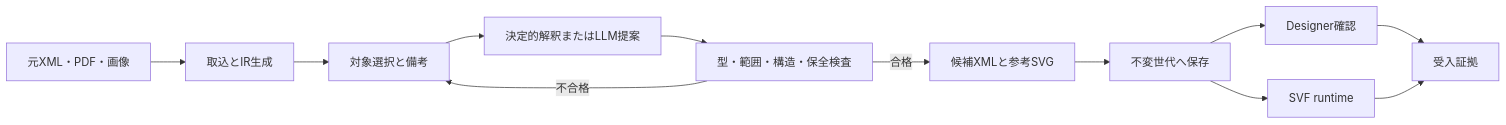
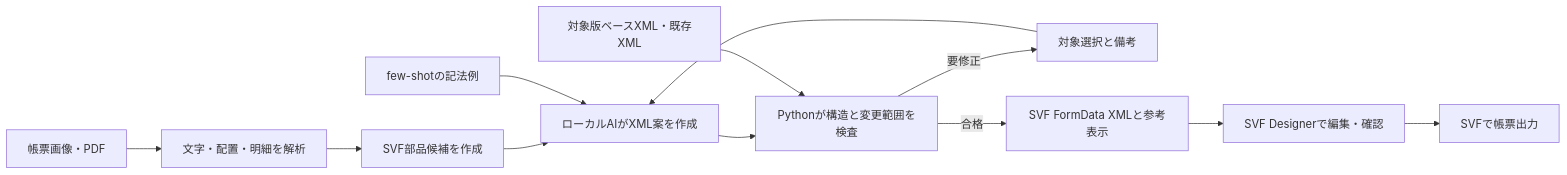
The diagram in README.md (Chloe-cheng611/SVF-Form-Reproducer), drawn with Mermaid before and after one commit. The commit also changed other lines of this file and 2 other files, not shown here.

Commit message:
Reframe project around local AI form conversion

````diff
--- a/README.md
+++ b/README.md
@@ -62,14 +90,14 @@
 ```mermaid
 flowchart LR
-    A[元XML・PDF・画像] --> B[取込とIR生成]
-    B --> C[対象選択と備考]
-    C --> D[決定的解釈またはLLM提案]
-    D --> E[型・範囲・構造・保全検査]
-    E -->|合格| F[候補XMLと参考SVG]
-    E -->|不合格| C
-    F --> G[不変世代へ保存]
-    G --> H[Designer確認]
-    G --> I[SVF runtime]
-    H --> J[受入証拠]
-    I --> J
+    A[帳票画像・PDF] --> B[文字・配置・明細を解析]
+    B --> C[SVF部品候補を作成]
+    C --> D[ローカルAIがXML案を作成]
+    E[few-shotの記法例] --> D
+    F[対象選択と備考] --> D
+    D --> G[Pythonが構造と変更範囲を検査]
+    G -->|要修正| F
+    H[対象版ベースXML・既存XML] --> G
+    G -->|合格| I[SVF FormData XMLと参考表示]
+    I --> J[SVF Designerで編集・確認]
+    J --> K[SVFで帳票出力]
 ```
````
